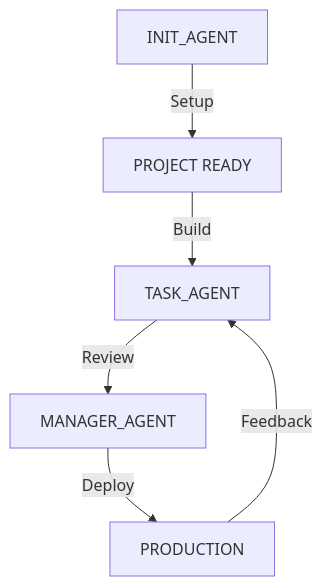
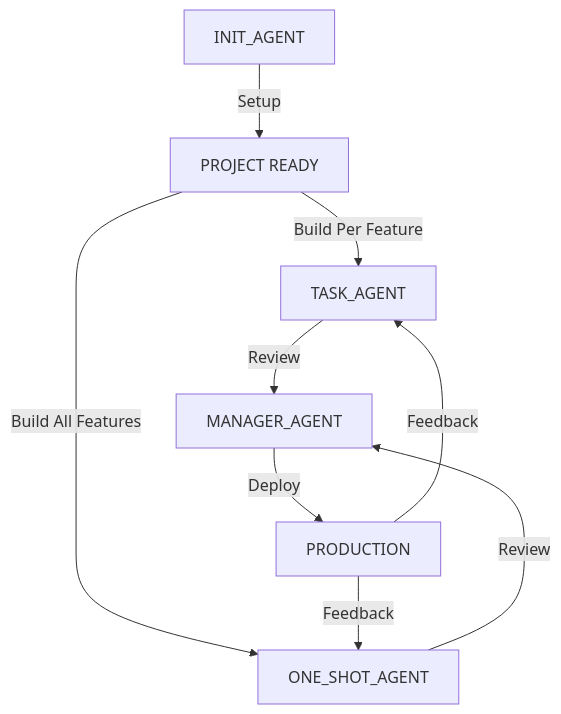
One commit to maulanashalihin/laju-doc changed the diagram in docs/guide/ai-development.md. Above: the diagram before and after it, drawn with Mermaid. The commit also changed other lines of this file and 13 other files, not shown here.

````diff
--- a/docs/guide/ai-development.md
+++ b/docs/guide/ai-development.md
@@ -11,8 +11,11 @@
 ```mermaid
 graph TD
     A[INIT_AGENT] -->|Setup| B[PROJECT READY]
-    B -->|Build| C[TASK_AGENT]
+    B -->|Build Per Feature| C[TASK_AGENT]
+    B -->|Build All Features| F[ONE_SHOT_AGENT]
     C -->|Review| D[MANAGER_AGENT]
+    F -->|Review| D
     D -->|Deploy| E[PRODUCTION]
     E -->|Feedback| C
+    E -->|Feedback| F
 ```
````
